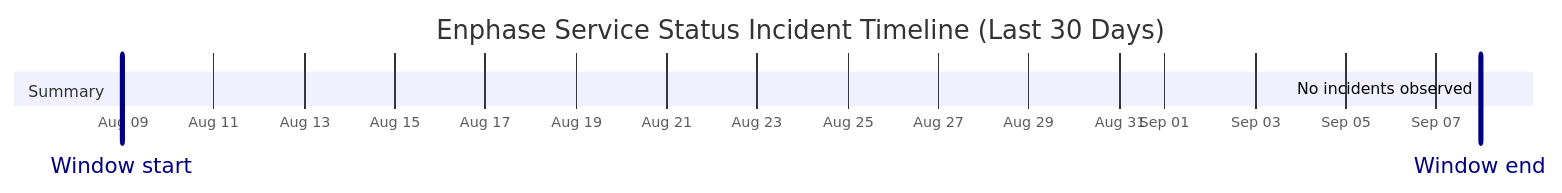
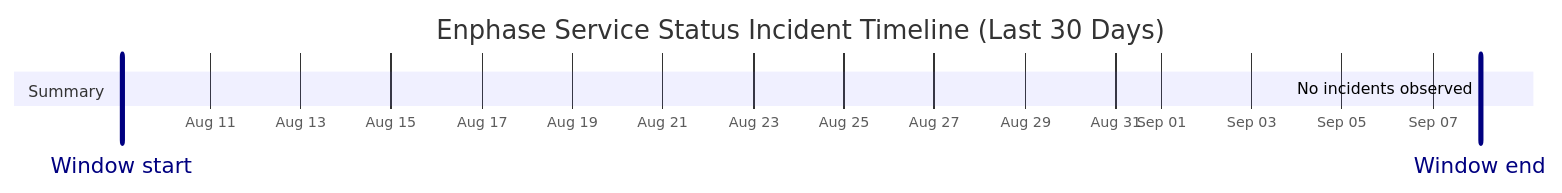
Before and after one commit to barneyonline/ha-enphase-energy: the diagram in wiki/Service-Status-History.md, drawn with Mermaid. The commit also changed other lines of this file and 3 other files, not shown here.

````diff
--- a/wiki/Service-Status-History.md
+++ b/wiki/Service-Status-History.md
@@ -14,10 +14,10 @@
 ```mermaid
 gantt
     title Enphase Service Status Incident Timeline (Last 30 Days)
     dateFormat  YYYY-MM-DDTHH:mm:ss
     axisFormat  %b %d
-    Window start :vert, window-start, 2026-08-08T23:16:31, 0ms
-    Window end :vert, window-end, 2026-09-07T23:16:31, 0ms
+    Window start :vert, window-start, 2026-08-09T01:17:06, 0ms
+    Window end :vert, window-end, 2026-09-08T01:17:06, 0ms
     section Summary
-    No incidents observed :done, 2026-09-07T23:16:31, 1m
+    No incidents observed :done, 2026-09-08T01:17:06, 1m
 ```
````
